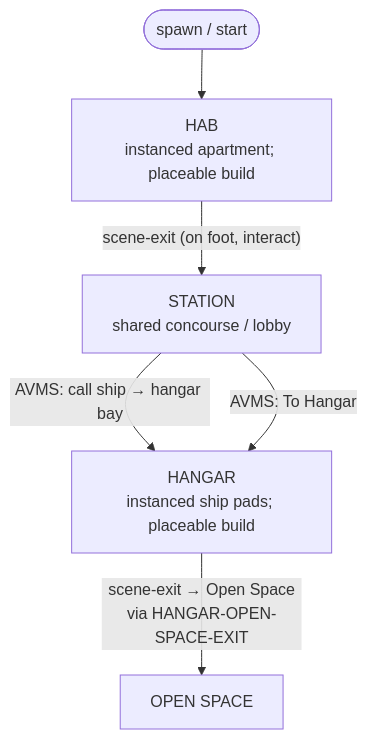
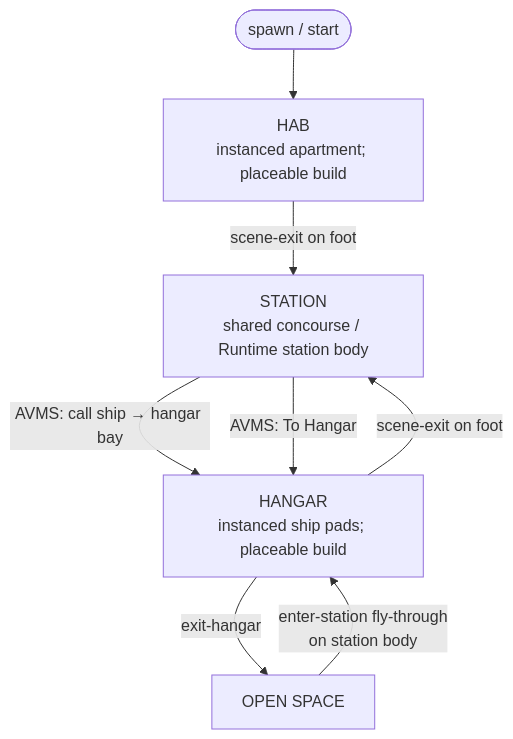
Before and after one commit to AlanGreyjoy/claudecitizen: the second of 2 diagrams in docs/docs/architecture/game-loop.md, drawn with Mermaid. The commit also changed other lines of this file and 68 other files, not shown here.

First line of the commit message:
feat(architecture): enhance space traversal and ship boarding mechanics

````diff
--- a/docs/docs/architecture/game-loop.md
+++ b/docs/docs/architecture/game-loop.md
@@ -66,8 +75,10 @@
 ```mermaid
 flowchart TD
   Spawn([spawn / start]) --> Hab[HAB<br/>instanced apartment; placeable build]
-  Hab -->|"scene-exit (on foot, interact)"| Station[STATION<br/>shared concourse / lobby]
+  Hab -->|"scene-exit on foot"| Station[STATION<br/>shared concourse / Runtime station body]
   Station -->|"AVMS: call ship → hangar bay"| Hangar[HANGAR<br/>instanced ship pads; placeable build]
   Station -->|"AVMS: To Hangar"| Hangar
-  Hangar -->|"scene-exit → Open Space<br/>via HANGAR-OPEN-SPACE-EXIT"| OpenSpace[OPEN SPACE]
+  Hangar -->|"scene-exit on foot"| Station
+  Hangar -->|"exit-hangar"| OpenSpace[OPEN SPACE]
+  OpenSpace -->|"enter-station fly-through<br/>on station body"| Hangar
 ```
````
